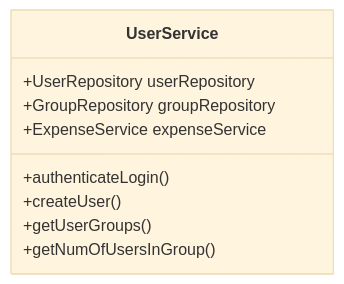
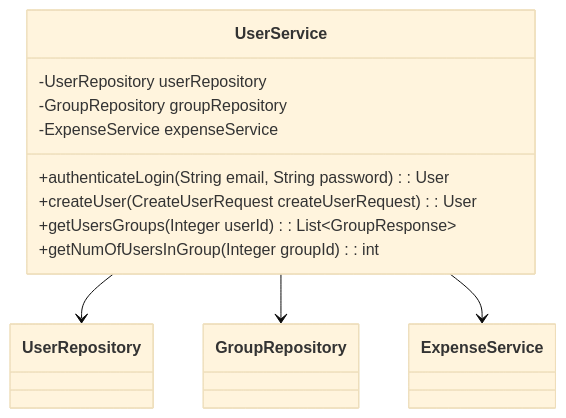
The fourth of 4 diagrams in class_diagrams/user_classes.md (UniOfGreenwich/elee1149-coursework--team-chlk), drawn with Mermaid (base theme) before and after one commit. The commit also changed other lines of this file, not shown here.

Commit message:
adding user classes diagrams

````diff
--- a/class_diagrams/user_classes.md
+++ b/class_diagrams/user_classes.md
@@ -46,10 +54,15 @@
 ```mermaid
 classDiagram
-UserService: +UserRepository userRepository
-UserService: +GroupRepository groupRepository
-UserService: +ExpenseService expenseService
-UserService: +authenticateLogin()
-UserService: +createUser()
-UserService: +getUserGroups()
-UserService: +getNumOfUsersInGroup()
+class UserService {
+    -UserRepository userRepository
+    -GroupRepository groupRepository
+    -ExpenseService expenseService
+    +authenticateLogin(String email, String password) : User
+    +createUser(CreateUserRequest createUserRequest) : User
+    +getUsersGroups(Integer userId) : List~GroupResponse~
+    +getNumOfUsersInGroup(Integer groupId) : int
+}
+UserService --> UserRepository
+UserService --> GroupRepository
+UserService --> ExpenseService
 ```
````
